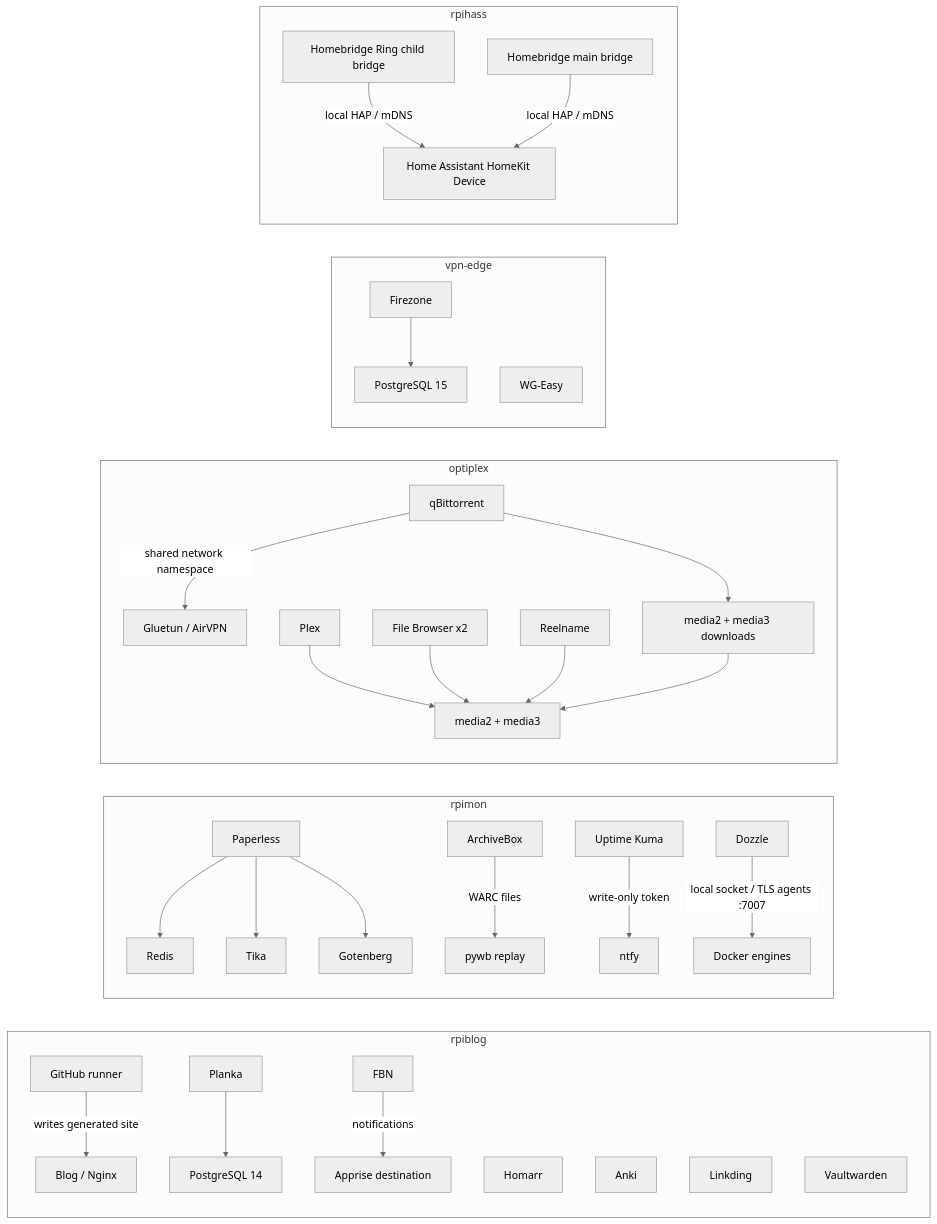
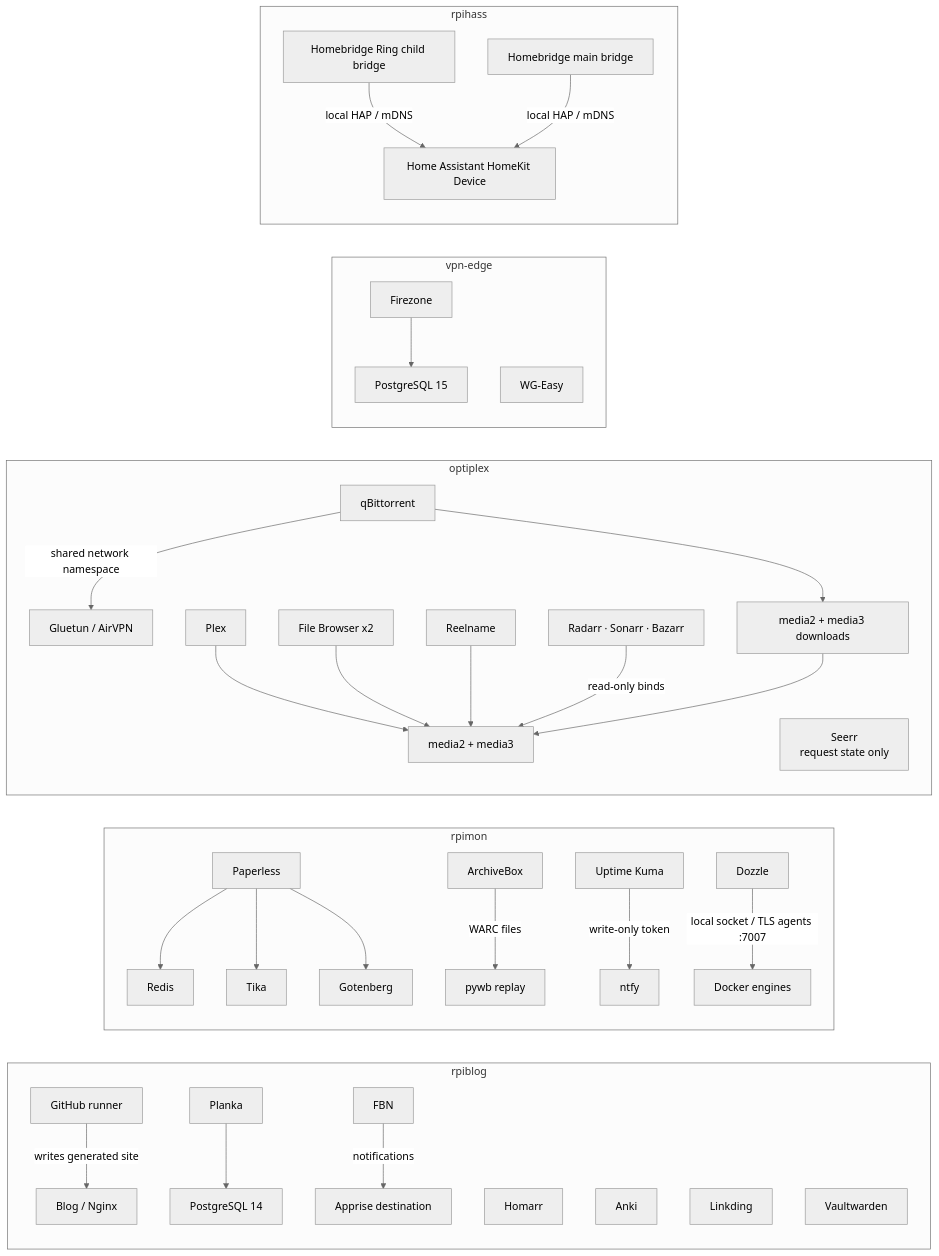
One commit to viseshrp/homelab changed the second of 2 diagrams in docs/architecture.md. Above: the diagram before and after it, drawn with Mermaid (neutral theme). The commit also changed other lines of this file and 12 other files, not shown here.

Commit message:
Add read-only media automation stack and safety policy

````diff
--- a/docs/architecture.md
+++ b/docs/architecture.md
@@ -47,40 +47,42 @@
 ```mermaid
 flowchart LR
     subgraph web["rpiblog"]
         runner["GitHub runner"] -->|"writes generated site"| blog["Blog / Nginx"]
         planka["Planka"] --> plankaDb["PostgreSQL 14"]
         homarr["Homarr"]
         anki["Anki"]
         linkding["Linkding"]
         vaultwarden["Vaultwarden"]
         fbn["FBN"] -->|"notifications"| apprise["Apprise destination"]
     end
 
     subgraph observability["rpimon"]
         paperless["Paperless"] --> redis["Redis"]
         paperless --> tika["Tika"]
         paperless --> gotenberg["Gotenberg"]
         archivebox["ArchiveBox"] -->|"WARC files"| pywb["pywb replay"]
         kuma["Uptime Kuma"] -->|"write-only token"| ntfy["ntfy"]
         dozzle["Dozzle"] -->|"local socket / TLS agents :7007"| dockerHosts["Docker engines"]
     end
 
     subgraph media["optiplex"]
         qbit["qBittorrent"] -->|"shared network namespace"| gluetun["Gluetun / AirVPN"]
         qbit --> downloads["media2 + media3 downloads"]
         plex["Plex"] --> mediaTrees["media2 + media3"]
         filebrowser["File Browser x2"] --> mediaTrees
         reelname["Reelname"] --> mediaTrees
+        mediaManagers["Radarr · Sonarr · Bazarr"] -->|"read-only binds"| mediaTrees
+        seerr["Seerr<br/>request state only"]
         downloads --> mediaTrees
     end
 
     subgraph remote["vpn-edge"]
         firezone["Firezone"] --> firezoneDb["PostgreSQL 15"]
         wgeasy["WG-Easy"]
     end
 
     subgraph automation["rpihass"]
         ringPlugin["Homebridge Ring child bridge"] -->|"local HAP / mDNS"| homeAssistant["Home Assistant HomeKit Device"]
         homebridge["Homebridge main bridge"] -->|"local HAP / mDNS"| homeAssistant
     end
 ```
````
